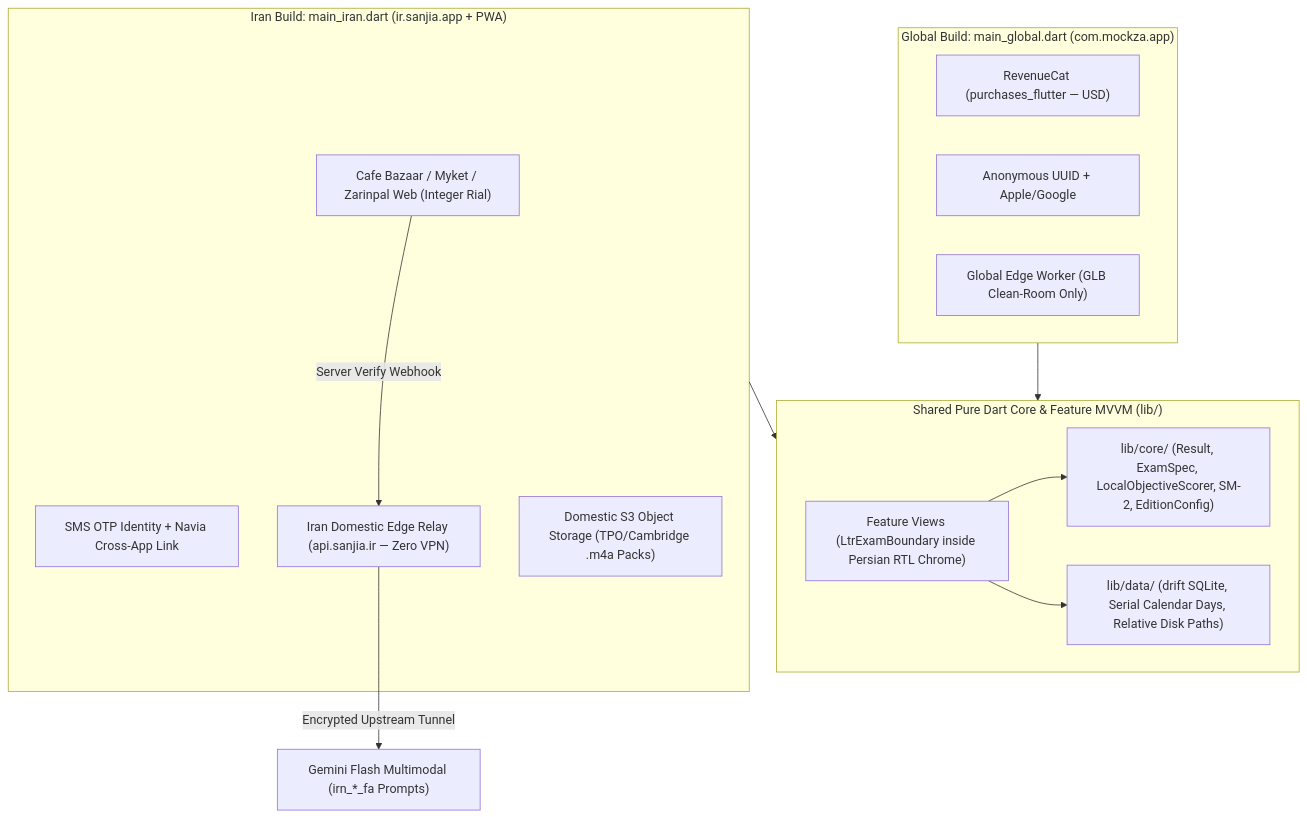
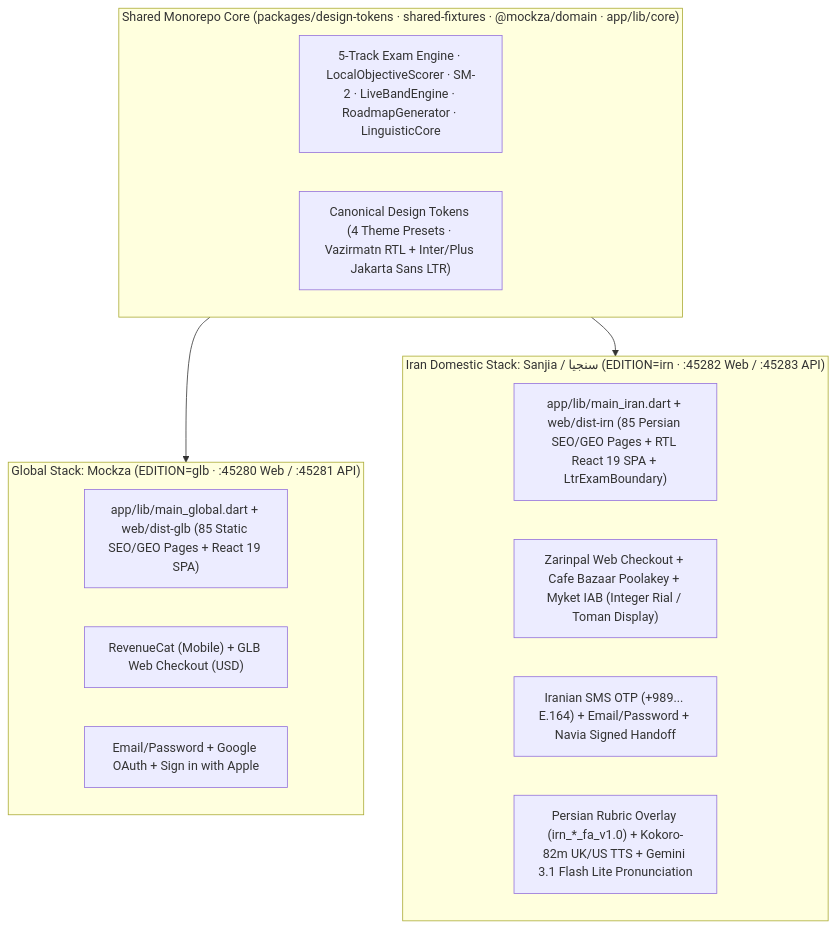
Before and after one commit to mehtee/mockza: the diagram in docs/ADR-Iran.md, drawn with Mermaid. The commit also changed other lines of this file and 189 other files, not shown here.

Commit message:
feat(ui): overhaul Mockza & Sanjia web UI/UX, BiDi/CEFR mapping, sidebar persistence & brand mark

````diff
--- a/docs/ADR-Iran.md
+++ b/docs/ADR-Iran.md
@@ -11,28 +9,23 @@
 ```mermaid
 flowchart TB
-    subgraph SharedCore["Shared Pure Dart Core & Feature MVVM (lib/)"]
-        CORE["lib/core/ (Result, ExamSpec, LocalObjectiveScorer, SM-2, EditionConfig)"]
-        UI["Feature Views (LtrExamBoundary inside Persian RTL Chrome)"]
-        DATA["lib/data/ (drift SQLite, Serial Calendar Days, Relative Disk Paths)"]
+    subgraph SharedSSOT["Shared Monorepo Core (packages/design-tokens · shared-fixtures · @mockza/domain · app/lib/core)"]
+        CORE["5-Track Exam Engine · LocalObjectiveScorer · SM-2 · LiveBandEngine · RoadmapGenerator · LinguisticCore"]
+        TOKENS["Canonical Design Tokens (4 Theme Presets · Vazirmatn RTL + Inter/Plus Jakarta Sans LTR)"]
     end
 
-    subgraph GlobalFlavor["Global Build: main_global.dart (com.mockza.app)"]
-        G_BILL["RevenueCat (purchases_flutter — USD)"]
-        G_AUTH["Anonymous UUID + Apple/Google"]
-        G_API["Global Edge Worker (GLB Clean-Room Only)"]
+    subgraph GlobalStack["Global Stack: Mockza (EDITION=glb · :45280 Web / :45281 API)"]
+        G_CLIENTS["app/lib/main_global.dart + web/dist-glb (85 Static SEO/GEO Pages + React 19 SPA)"]
+        G_BILL["RevenueCat (Mobile) + GLB Web Checkout (USD)"]
+        G_AUTH["Email/Password + Google OAuth + Sign in with Apple"]
     end
 
-    subgraph IranFlavor["Iran Build: main_iran.dart (ir.sanjia.app + PWA)"]
-        I_BILL["Cafe Bazaar / Myket / Zarinpal Web (Integer Rial)"]
-        I_AUTH["SMS OTP Identity + Navia Cross-App Link"]
-        I_RELAY["Iran Domestic Edge Relay (api.sanjia.ir — Zero VPN)"]
-        I_CDN["Domestic S3 Object Storage (TPO/Cambridge .m4a Packs)"]
+    subgraph IranStack["Iran Domestic Stack: Sanjia / سنجیا (EDITION=irn · :45282 Web / :45283 API)"]
+        I_CLIENTS["app/lib/main_iran.dart + web/dist-irn (85 Persian SEO/GEO Pages + RTL React 19 SPA + LtrExamBoundary)"]
+        I_BILL["Zarinpal Web Checkout + Cafe Bazaar Poolakey + Myket IAB (Integer Rial / Toman Display)"]
+        I_AUTH["Iranian SMS OTP (+989... E.164) + Email/Password + Navia Signed Handoff"]
+        I_AI["Persian Rubric Overlay (irn_*_fa_v1.0) + Kokoro-82m UK/US TTS + Gemini 3.1 Flash Lite Pronunciation"]
     end
 
-    UI --> CORE
-    UI --> DATA
-    GlobalFlavor --> SharedCore
-    IranFlavor --> SharedCore
-    I_RELAY -->|"Encrypted Upstream Tunnel"| AI["Gemini Flash Multimodal (irn_*_fa Prompts)"]
-    I_BILL -->|"Server Verify Webhook"| I_RELAY
+    SharedSSOT --> GlobalStack
+    SharedSSOT --> IranStack
 ```
````
